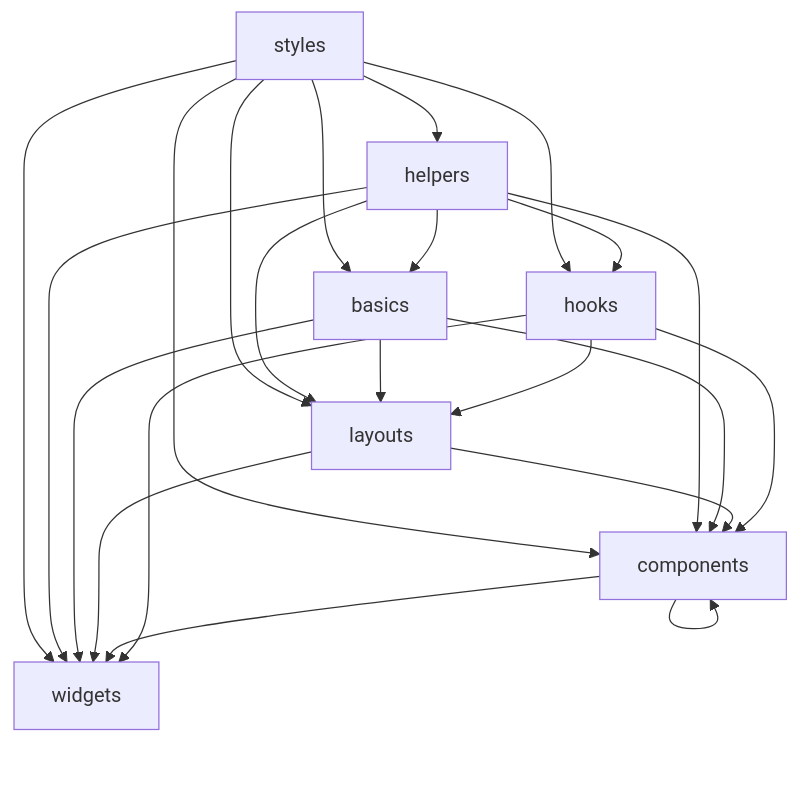
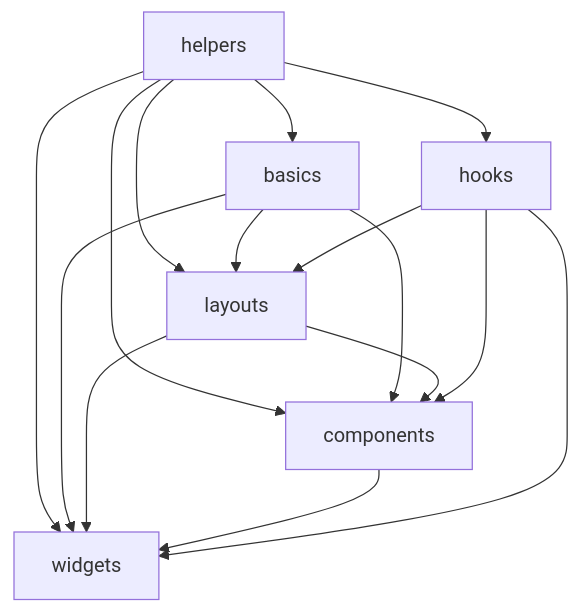
The diagram in README.md (CyberWalrus/readme-best-practices), drawn with Mermaid before and after one commit.

````diff
--- a/README.md
+++ b/README.md
@@ -25,24 +25,17 @@
 ```mermaid
 graph TD;
-    styles-->helpers;
-    styles-->basics;
-    styles-->layouts;
-    styles-->components;
-    styles-->widgets;
-    styles-->hooks;
     helpers-->basics;
     helpers-->layouts;
     helpers-->components;
     helpers-->widgets;
     helpers-->hooks;
     basics-->layouts;
     basics-->components;
     basics-->widgets;
     layouts-->components;
     layouts-->widgets;
     components-->widgets;
-    components-->components;
     hooks-->components
     hooks-->layouts
     hooks-->widgets
 ```
````
